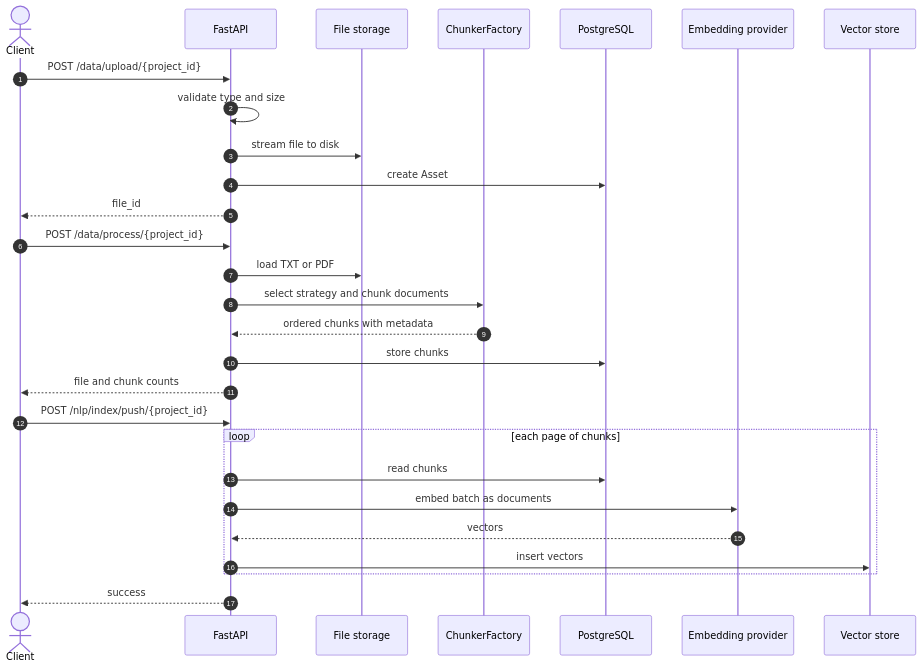
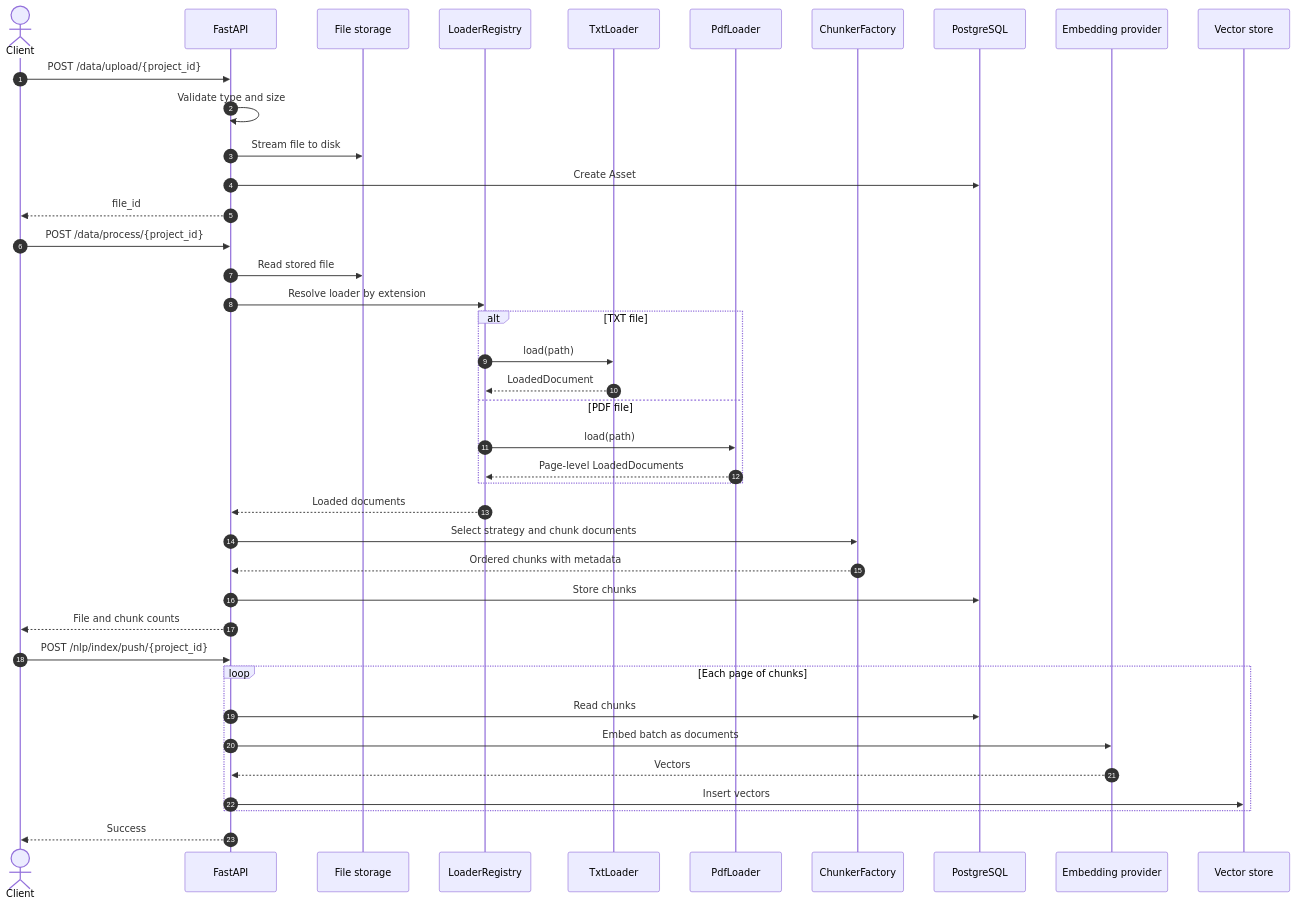
The third of 6 diagrams in README.md (ElsebaiyMohamed/MiniRag_26), drawn with Mermaid before and after one commit. The commit also changed other lines of this file and 2 other files, not shown here.

````diff
--- a/README.md
+++ b/README.md
@@ -132,35 +146,49 @@
 ```mermaid
 sequenceDiagram
     autonumber
     actor C as Client
     participant API as FastAPI
     participant FS as File storage
+    participant LR as LoaderRegistry
+    participant TL as TxtLoader
+    participant PL as PdfLoader
     participant CH as ChunkerFactory
     participant DB as PostgreSQL
     participant EMB as Embedding provider
     participant VDB as Vector store
 
     C ->> API: POST /data/upload/{project_id}
-    API ->> API: validate type and size
-    API ->> FS: stream file to disk
-    API ->> DB: create Asset
+    API ->> API: Validate type and size
+    API ->> FS: Stream file to disk
+    API ->> DB: Create Asset
     API -->> C: file_id
 
     C ->> API: POST /data/process/{project_id}
-    API ->> FS: load TXT or PDF
-    API ->> CH: select strategy and chunk documents
-    CH -->> API: ordered chunks with metadata
-    API ->> DB: store chunks
-    API -->> C: file and chunk counts
+    API ->> FS: Read stored file
+    API ->> LR: Resolve loader by extension
+
+    alt TXT file
+        LR ->> TL: load(path)
+        TL -->> LR: LoadedDocument
+    else PDF file
+        LR ->> PL: load(path)
+        PL -->> LR: Page-level LoadedDocuments
+    end
+
+    LR -->> API: Loaded documents
+    API ->> CH: Select strategy and chunk documents
+    CH -->> API: Ordered chunks with metadata
+    API ->> DB: Store chunks
+    API -->> C: File and chunk counts
 
     C ->> API: POST /nlp/index/push/{project_id}
 
-    loop each page of chunks
-        API ->> DB: read chunks
-        API ->> EMB: embed batch as documents
-        EMB -->> API: vectors
-        API ->> VDB: insert vectors
+    loop Each page of chunks
+        API ->> DB: Read chunks
+        API ->> EMB: Embed batch as documents
+        EMB -->> API: Vectors
+        API ->> VDB: Insert vectors
     end
 
-    API -->> C: success
+    API -->> C: Success
 ```
````
